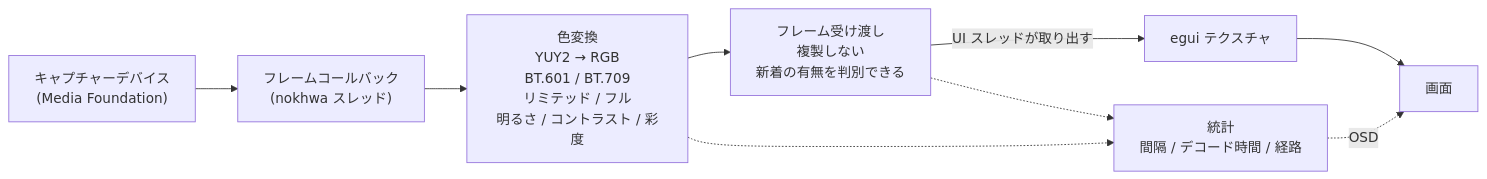
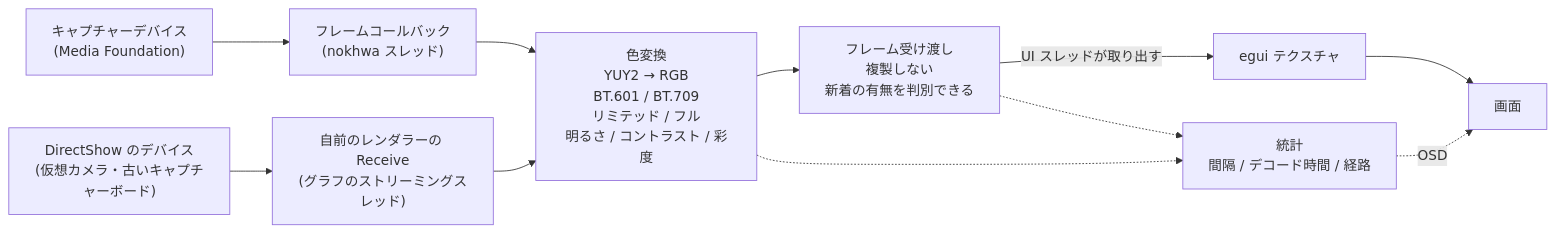
Before and after one commit to Mui-MuiMui/Capturecard_Viewer: the third of 4 diagrams in docs/ARCHITECTURE.md, drawn with Mermaid. The commit also changed other lines of this file and 10 other files, not shown here.

First line of the commit message:
docs: DirectShow のバックエンドの経路と確認手順をドキュメントへ反映する

````diff
--- a/docs/ARCHITECTURE.md
+++ b/docs/ARCHITECTURE.md
@@ -159,16 +159,19 @@
 ```mermaid
 flowchart LR
     dev["キャプチャーデバイス<br/>(Media Foundation)"]
     cb["フレームコールバック<br/>(nokhwa スレッド)"]
+    dsdev["DirectShow のデバイス<br/>(仮想カメラ・古いキャプチャーボード)"]
+    dscb["自前のレンダラーの Receive<br/>(グラフのストリーミングスレッド)"]
     conv["色変換<br/>YUY2 → RGB<br/>BT.601 / BT.709<br/>リミテッド / フル<br/>明るさ / コントラスト / 彩度"]
     buf["フレーム受け渡し<br/>複製しない<br/>新着の有無を判別できる"]
     tex["egui テクスチャ"]
     draw["画面"]
     stats["統計<br/>間隔 / デコード時間 / 経路"]
 
     dev --> cb --> conv --> buf
+    dsdev --> dscb --> conv
     buf -->|UI スレッドが取り出す| tex --> draw
     conv -.-> stats
     buf -.-> stats
     stats -.->|OSD| draw
 ```
````
